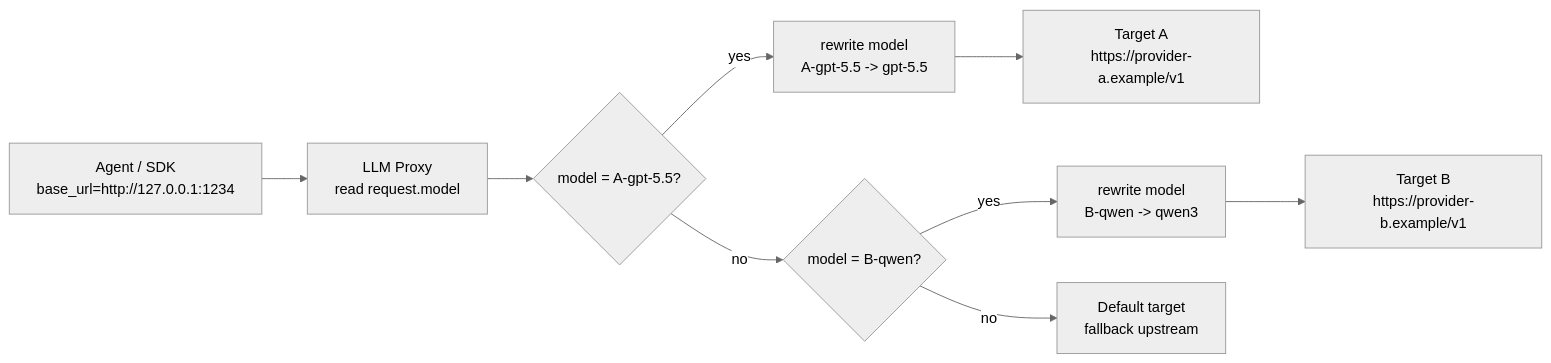
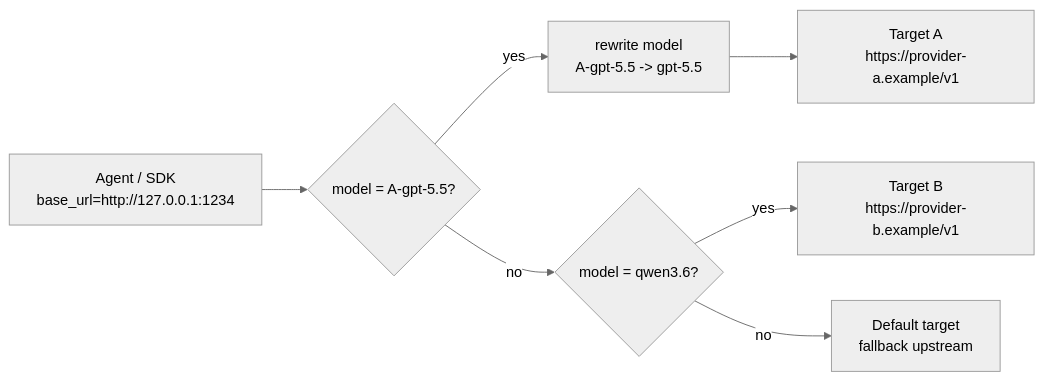
Before and after one commit to hongguifeng/local_ai_proxy: the second of 2 diagrams in README.md, drawn with Mermaid (neutral theme). The commit also changed 1 other file, not shown here.

Commit message:
feat: Update routing flowcharts in README for improved clarity on model matching

````diff
--- a/README.md
+++ b/README.md
@@ -23,11 +23,9 @@
 ```mermaid
 flowchart LR
-  Client["Agent / SDK<br/>base_url=http://127.0.0.1:1234"] --> Proxy["LLM Proxy<br/>read request.model"]
-  Proxy --> MatchA{"model = A-gpt-5.5?"}
+  Client["Agent / SDK<br/>base_url=http://127.0.0.1:1234"] --> MatchA{"model = A-gpt-5.5?"}
   MatchA -- yes --> RewriteA["rewrite model<br/>A-gpt-5.5 -> gpt-5.5"]
   RewriteA --> UpstreamA["Target A<br/>https://provider-a.example/v1"]
-  MatchA -- no --> MatchB{"model = B-qwen?"}
-  MatchB -- yes --> RewriteB["rewrite model<br/>B-qwen -> qwen3"]
-  RewriteB --> UpstreamB["Target B<br/>https://provider-b.example/v1"]
+  MatchA -- no --> MatchB{"model = qwen3.6?"}
+  MatchB -- yes --> UpstreamB["Target B<br/>https://provider-b.example/v1"]
   MatchB -- no --> Default["Default target<br/>fallback upstream"]
 ```
````
